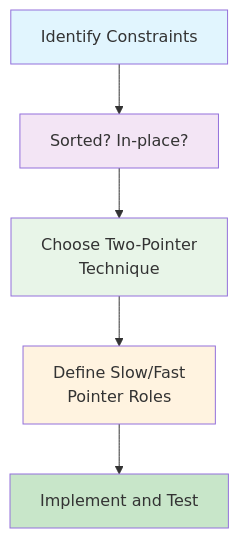
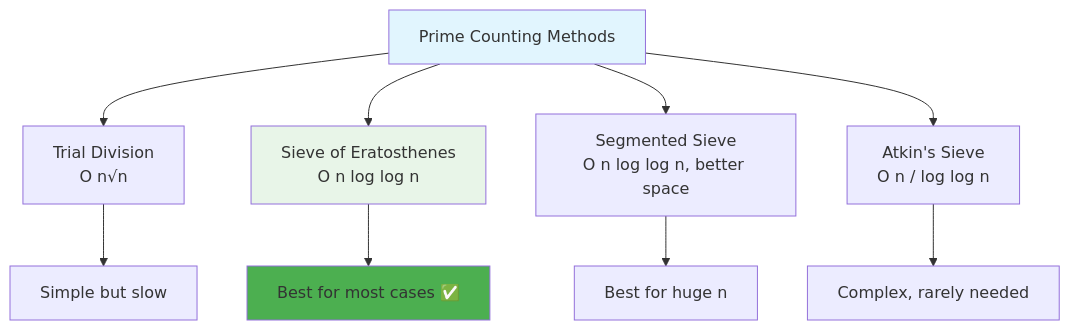
One commit to LuckyLongre123/README_RUNNER changed diagram 11 of 13 in README.md. Above: the diagram before and after it, drawn with Mermaid. The commit also changed other lines of this file, not shown here.

````diff
--- a/README.md
+++ b/README.md
@@ -363,13 +352,16 @@
 ```mermaid
 flowchart TD
-    A["Identify Constraints"] --> B["Sorted? In-place?"]
-    B --> C["Choose Two-Pointer<br/>Technique"]
-    C --> D["Define Slow/Fast<br/>Pointer Roles"]
-    D --> E["Implement and Test"]
+    A[Prime Counting Methods] --> B[Trial Division<br/>O n√n]
+    A --> C[Sieve of Eratosthenes<br/>O n log log n]
+    A --> D[Segmented Sieve<br/>O n log log n, better space]
+    A --> E[Atkin's Sieve<br/>O n / log log n]
+    
+    B --> B1[Simple but slow]
+    C --> C1[Best for most cases ✅]
+    D --> D1[Best for huge n]
+    E --> E1[Complex, rarely needed]
     
     style A fill:#e1f5fe
-    style B fill:#f3e5f5
     style C fill:#e8f5e8
-    style D fill:#fff3e0
-    style E fill:#c8e6c9
+    style C1 fill:#4caf50
 ```
````
